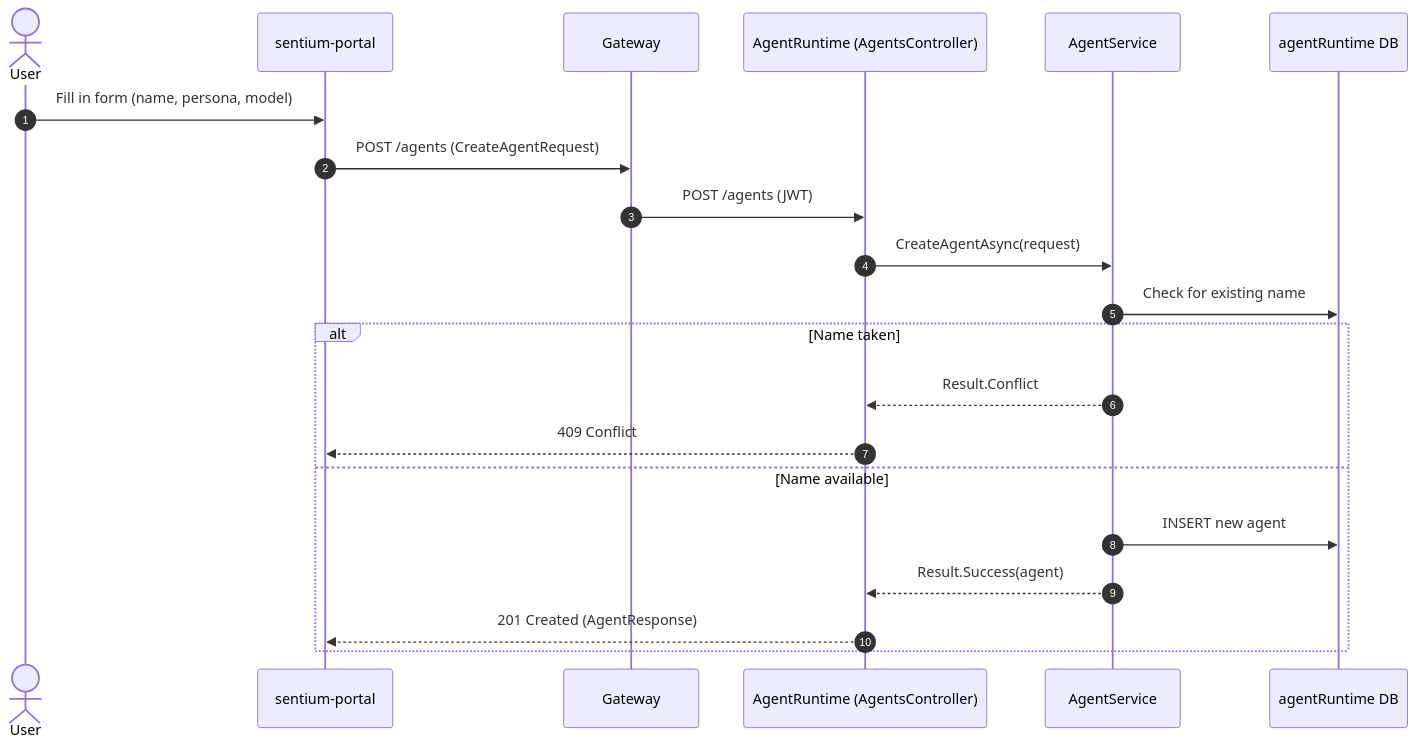
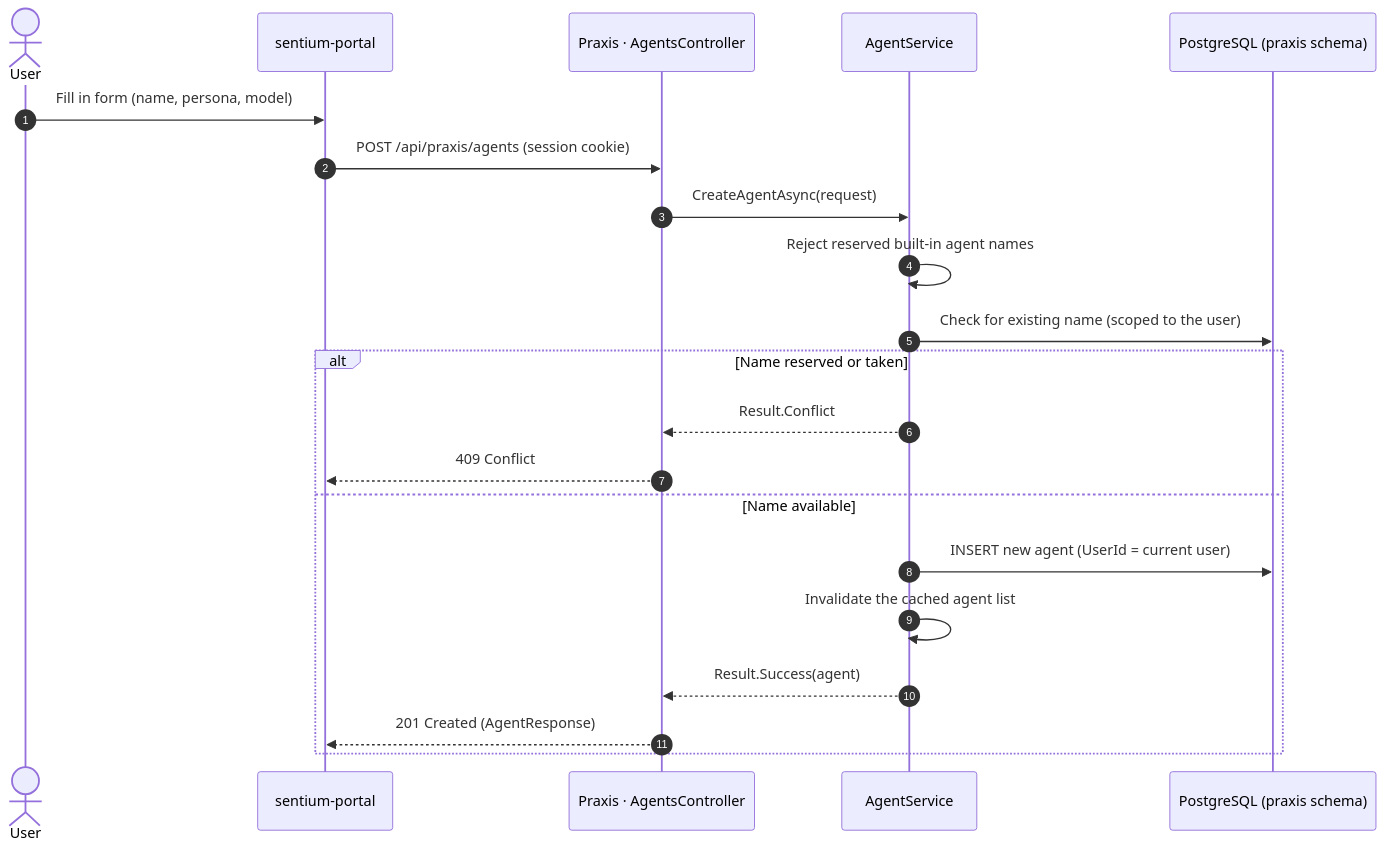
Before and after one commit to mihailshterev/sentium: the diagram in docs/diagrams/agents-1-registration.md, drawn with Mermaid. The commit also changed 99 other files, not shown here.

````diff
--- a/docs/diagrams/agents-1-registration.md
+++ b/docs/diagrams/agents-1-registration.md
@@ -1,24 +1,24 @@
 ```mermaid
 sequenceDiagram
     autonumber
     actor U as User
     participant FE as sentium-portal
-    participant GW as Gateway
-    participant AR as AgentRuntime (AgentsController)
+    participant AC as Praxis · AgentsController
     participant AS as AgentService
-    participant DB as agentRuntime DB
+    participant DB as PostgreSQL (praxis schema)
 
     U->>FE: Fill in form (name, persona, model)
-    FE->>GW: POST /agents (CreateAgentRequest)
-    GW->>AR: POST /agents (JWT)
-    AR->>AS: CreateAgentAsync(request)
-    AS->>DB: Check for existing name
-    alt Name taken
-        AS-->>AR: Result.Conflict
-        AR-->>FE: 409 Conflict
+    FE->>AC: POST /api/praxis/agents (session cookie)
+    AC->>AS: CreateAgentAsync(request)
+    AS->>AS: Reject reserved built-in agent names
+    AS->>DB: Check for existing name (scoped to the user)
+    alt Name reserved or taken
+        AS-->>AC: Result.Conflict
+        AC-->>FE: 409 Conflict
     else Name available
-        AS->>DB: INSERT new agent
-        AS-->>AR: Result.Success(agent)
-        AR-->>FE: 201 Created (AgentResponse)
+        AS->>DB: INSERT new agent (UserId = current user)
+        AS->>AS: Invalidate the cached agent list
+        AS-->>AC: Result.Success(agent)
+        AC-->>FE: 201 Created (AgentResponse)
     end
 ```
````
